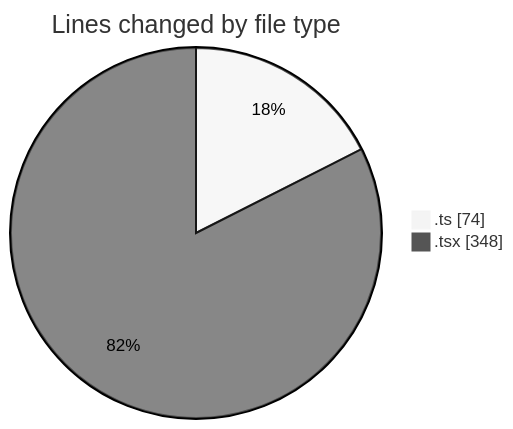
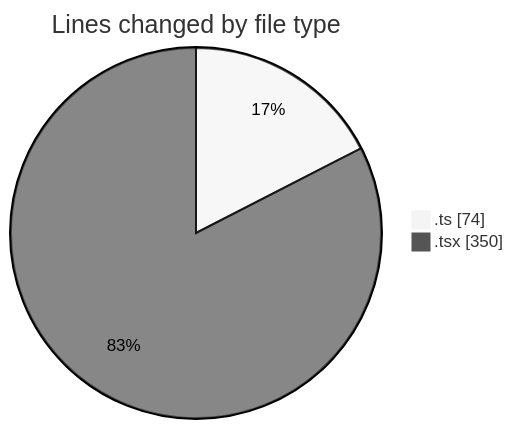
Before and after one commit to robertbonfada/code-tracking: the first of 2 diagrams in 2025-01-25/termonied-web/README.md, drawn with Mermaid (neutral theme). The commit also changed other lines of this file and 1 other file, not shown here.

````diff
--- a/2025-01-25/termonied-web/README.md
+++ b/2025-01-25/termonied-web/README.md
@@ -21,6 +21,6 @@
 ```mermaid
 pie showData
 title Lines changed by file type
 ".ts" : 74
-".tsx" : 348
+".tsx" : 350
 ```
````
